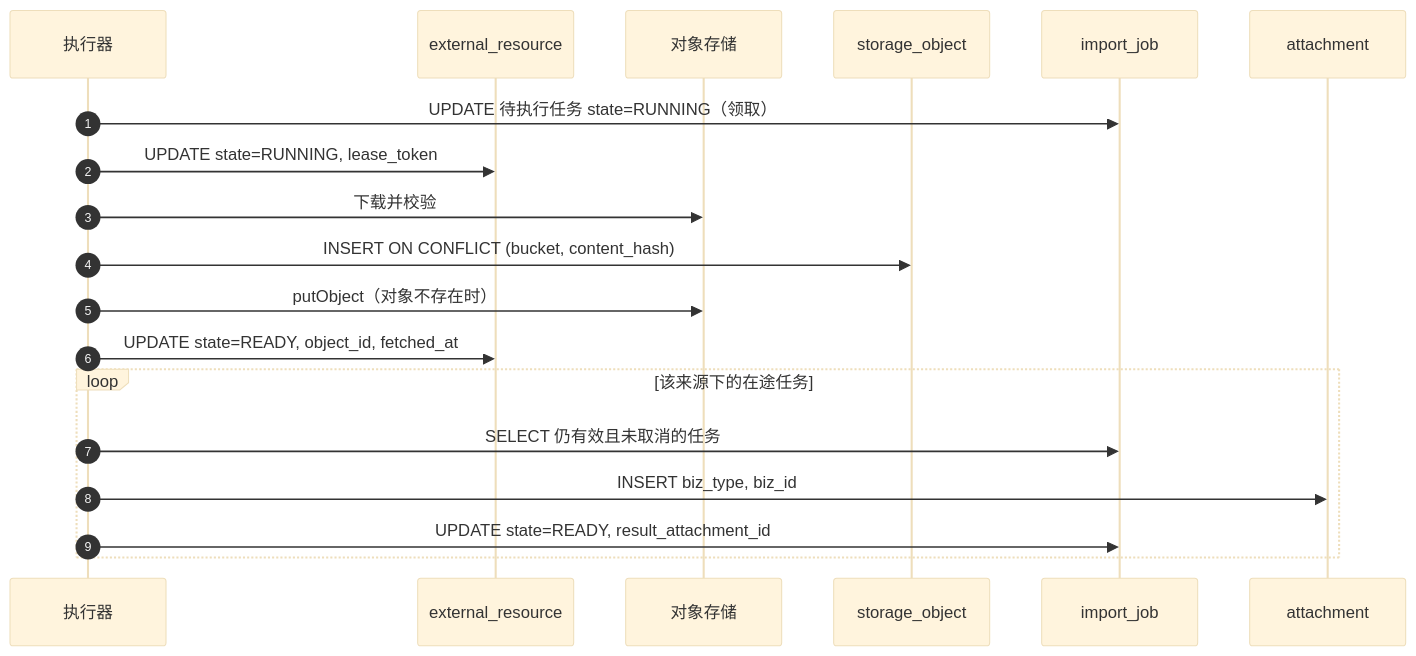
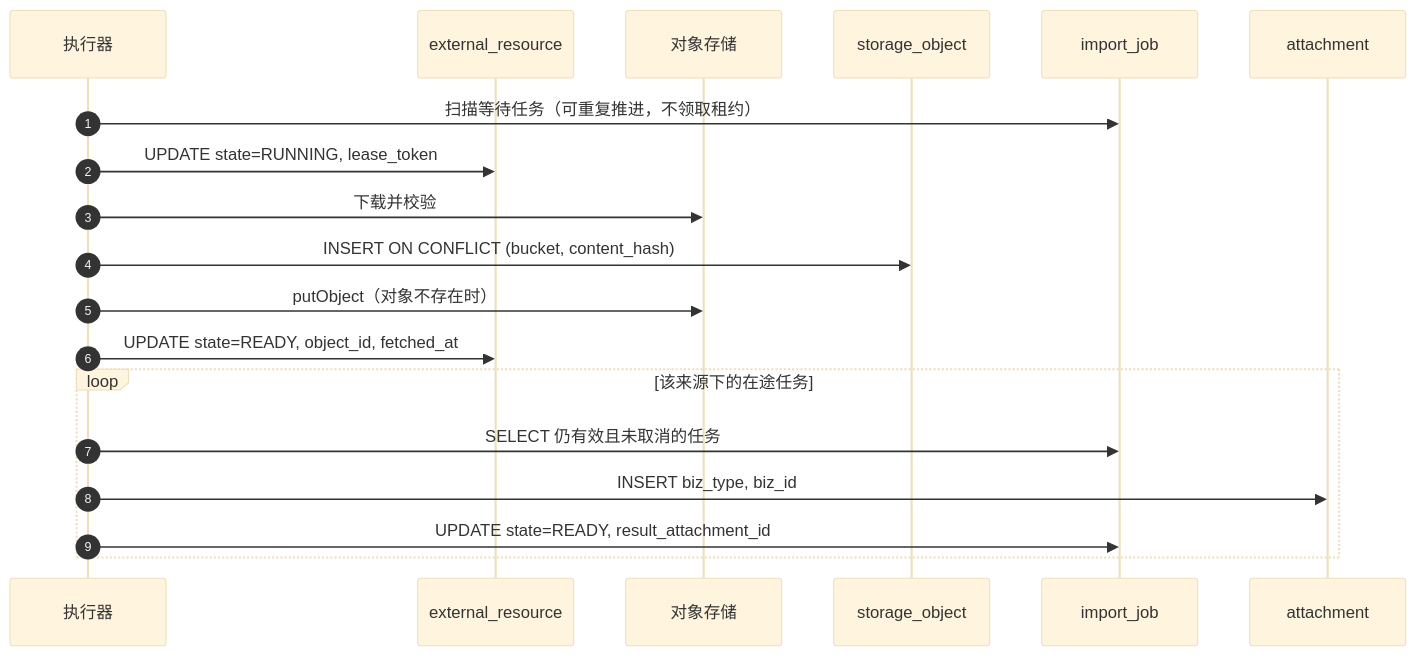
The third of 7 diagrams in docs/附件与来源表设计.md (lys1313013/aio-life-server), drawn with Mermaid (base theme) before and after one commit. The commit also changed other lines of this file and 5 other files, not shown here.

````diff
--- a/docs/附件与来源表设计.md
+++ b/docs/附件与来源表设计.md
@@ -524,22 +516,22 @@
 ```mermaid
 sequenceDiagram
     autonumber
     participant W as 执行器
     participant ER as external_resource
     participant M as 对象存储
     participant SO as storage_object
     participant IJ as import_job
     participant AR as attachment
 
-    W->>IJ: UPDATE 待执行任务 state=RUNNING（领取）
+    W->>IJ: 扫描等待任务（可重复推进，不领取租约）
     W->>ER: UPDATE state=RUNNING, lease_token
     W->>M: 下载并校验
     W->>SO: INSERT ON CONFLICT (bucket, content_hash)
     W->>M: putObject（对象不存在时）
     W->>ER: UPDATE state=READY, object_id, fetched_at
     loop 该来源下的在途任务
         W->>IJ: SELECT 仍有效且未取消的任务
         W->>AR: INSERT biz_type, biz_id
         W->>IJ: UPDATE state=READY, result_attachment_id
     end
 ```
````
